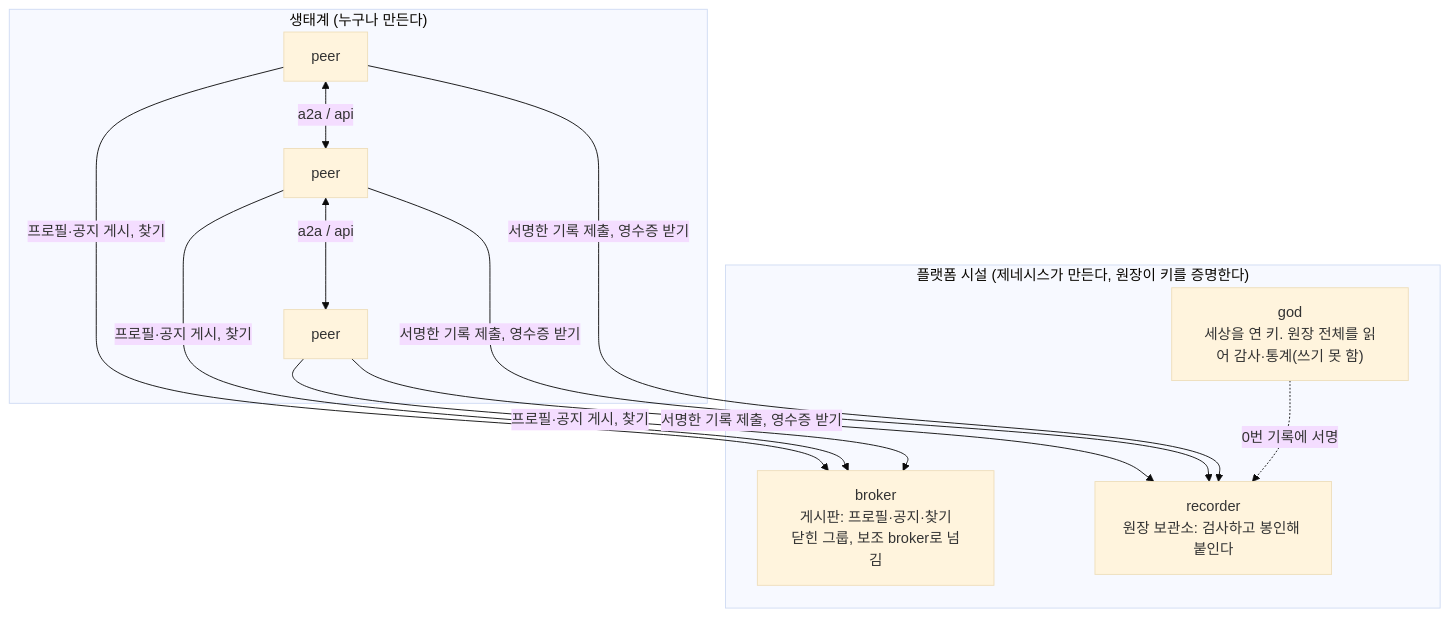
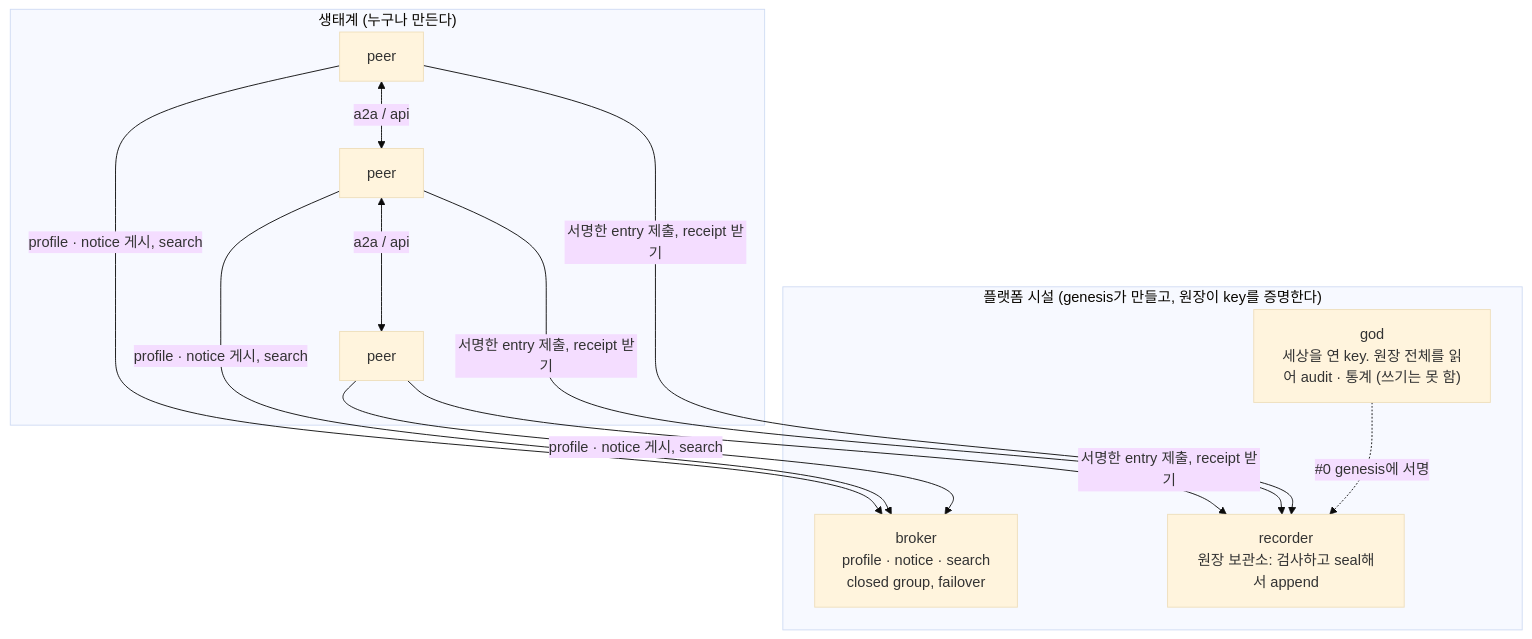
Before and after one commit to tanminkwan/share-ur-tokens: the tenth of 31 diagrams in docs/education.md, drawn with Mermaid (base theme). The commit also changed other lines of this file and 27 other files, not shown here.

````diff
--- a/docs/education.md
+++ b/docs/education.md
@@ -250,18 +265,18 @@
 ```mermaid
 flowchart TB
-    subgraph FAC["플랫폼 시설 (제네시스가 만든다, 원장이 키를 증명한다)"]
-        GOD["god<br/>세상을 연 키. 원장 전체를 읽어 감사·통계(쓰기 못 함)"]
-        BR["broker<br/>게시판: 프로필·공지·찾기<br/>닫힌 그룹, 보조 broker로 넘김"]
-        RC["recorder<br/>원장 보관소: 검사하고 봉인해 붙인다"]
+    subgraph FAC["플랫폼 시설 (genesis가 만들고, 원장이 key를 증명한다)"]
+        GOD["god<br/>세상을 연 key. 원장 전체를 읽어 audit · 통계 (쓰기는 못 함)"]
+        BR["broker<br/>profile · notice · search<br/>closed group, failover"]
+        RC["recorder<br/>원장 보관소: 검사하고 seal해서 append"]
     end
     subgraph ECO["생태계 (누구나 만든다)"]
         P1["peer"]
         P2["peer"]
         P3["peer"]
     end
-    P1 & P2 & P3 -->|"프로필·공지 게시, 찾기"| BR
+    P1 & P2 & P3 -->|"profile · notice 게시, search"| BR
     P1 <-->|"a2a / api"| P2
     P2 <-->|"a2a / api"| P3
-    P1 & P2 & P3 -->|"서명한 기록 제출, 영수증 받기"| RC
-    GOD -. "0번 기록에 서명" .-> RC
+    P1 & P2 & P3 -->|"서명한 entry 제출, receipt 받기"| RC
+    GOD -. "#0 genesis에 서명" .-> RC
 ```
````
